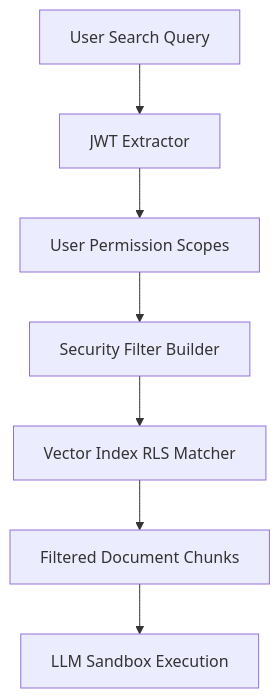
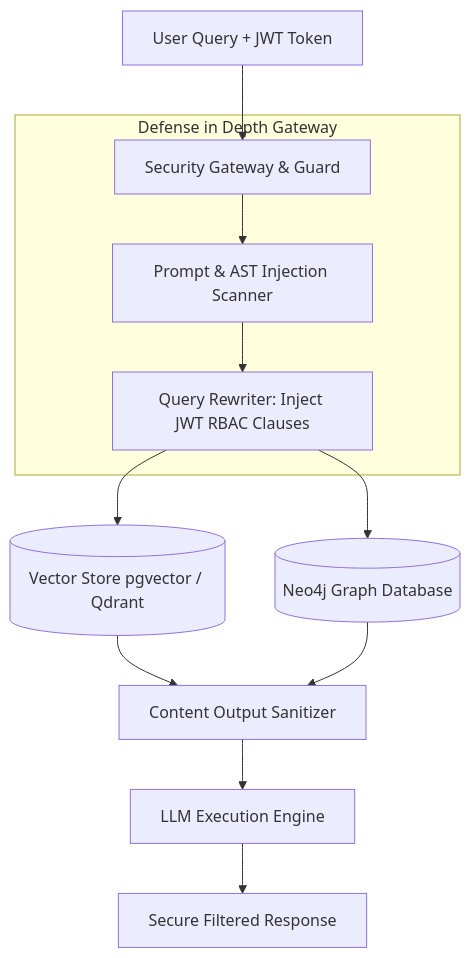
One commit to vesviet/vesviet changed the diagram in content/series/ai-data-engineering-pipeline/part-5-enterprise-security-data-poisoning.md. Above: the diagram before and after it, drawn with Mermaid. The commit also changed other lines of this file and 180 other files, not shown here.

````diff
--- a/content/series/ai-data-engineering-pipeline/part-5-enterprise-security-data-poisoning.md
+++ b/content/series/ai-data-engineering-pipeline/part-5-enterprise-security-data-poisoning.md
@@ -150,9 +48,18 @@
 ```mermaid
 graph TD
-    UserQuery[User Search Query] --> Auth[JWT Extractor]
-    Auth --> Permissions[User Permission Scopes]
-    Permissions --> SecureFilter[Security Filter Builder]
-    SecureFilter --> VectorSearch[Vector Index RLS Matcher]
-    VectorSearch --> SecureResults[Filtered Document Chunks]
-    SecureResults --> Sandbox[LLM Sandbox Execution]
+    UserReq[User Query + JWT Token] --> Gateway[Security Gateway & Guard]
+    
+    subgraph Defense in Depth Gateway
+        Gateway --> Scanner[Prompt & AST Injection Scanner]
+        Scanner --> Rewriter[Query Rewriter: Inject JWT RBAC Clauses]
+    end
+
+    Rewriter --> VectorStore[(Vector Store pgvector / Qdrant)]
+    Rewriter --> GraphStore[(Neo4j Graph Database)]
+
+    VectorStore --> ContextFilter[Content Output Sanitizer]
+    GraphStore --> ContextFilter
+
+    ContextFilter --> LLM[LLM Execution Engine]
+    LLM --> UserResp[Secure Filtered Response]
 ```
````
